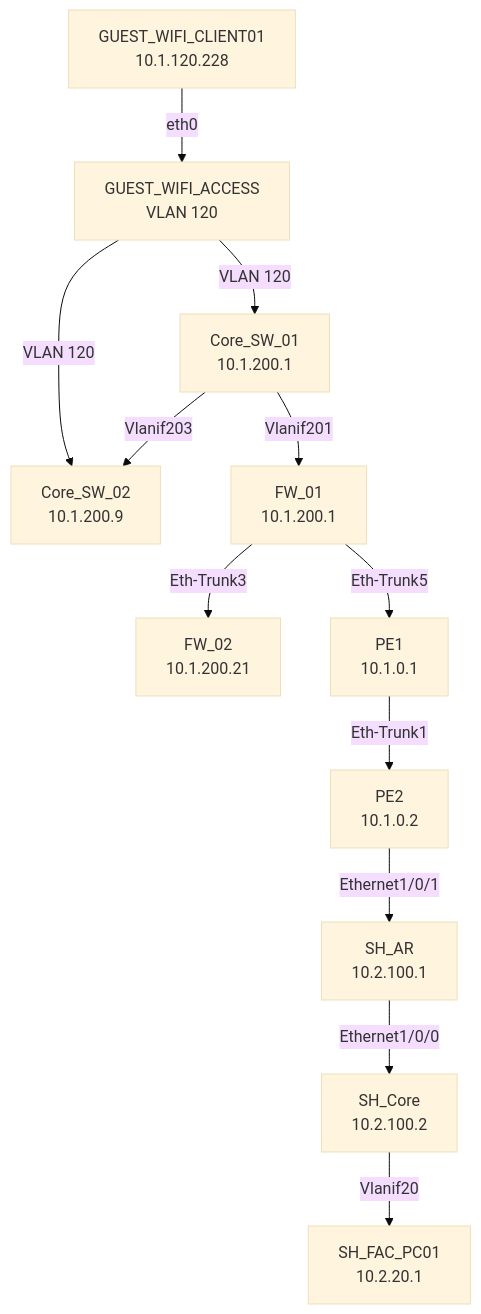
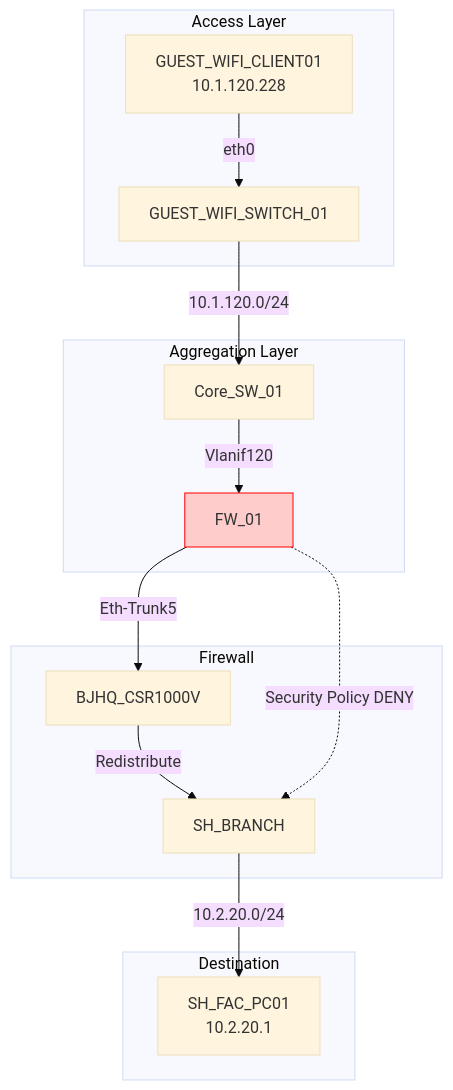
Before and after one commit to KG-khangelani/Telco-Troubleshooting-Agentic-Challenge-B: the diagram in outputs/topology_problem_5.md, drawn with Mermaid (base theme). The commit also changed 8 other files, not shown here.

Commit message:
feat: update topology diagrams and enhance network problem descriptions in markdown files

````diff
--- a/outputs/topology_problem_5.md
+++ b/outputs/topology_problem_5.md
@@ -1,26 +1,25 @@
 ```mermaid
 graph TD
-    GUEST_CLIENT[GUEST_WIFI_CLIENT01<br/>10.1.120.228]
-    SW_ACCESS[GUEST_WIFI_ACCESS<br/>VLAN 120]
-    CORE1[Core_SW_01<br/>10.1.200.1]
-    CORE2[Core_SW_02<br/>10.1.200.9]
-    FW1[FW_01<br/>10.1.200.1]
-    FW2[FW_02<br/>10.1.200.21]
-    PE1[PE1<br/>10.1.0.1]
-    PE2[PE2<br/>10.1.0.2]
-    SH_AR[SH_AR<br/>10.2.100.1]
-    SH_CORE[SH_Core<br/>10.2.100.2]
-    SH_PC[SH_FAC_PC01<br/>10.2.20.1]
+    GUEST_WIFI_CLIENT01[GUEST_WIFI_CLIENT01<br/>10.1.120.228]
     
-    GUEST_CLIENT -->|eth0| SW_ACCESS
-    SW_ACCESS -->|VLAN 120| CORE1
-    SW_ACCESS -->|VLAN 120| CORE2
-    CORE1 -->|Vlanif201| FW1
-    CORE1 -->|Vlanif203| CORE2
-    FW1 -->|Eth-Trunk5| PE1
-    FW1 -->|Eth-Trunk3| FW2
-    PE1 -->|Eth-Trunk1| PE2
-    PE2 -->|Ethernet1/0/1| SH_AR
-    SH_AR -->|Ethernet1/0/0| SH_CORE
-    SH_CORE -->|Vlanif20| SH_PC
+    subgraph Access Layer
+        GUEST_WIFI_CLIENT01 -->|eth0| GUEST_WIFI_SWITCH_01
+    end
+    
+    subgraph Aggregation Layer
+        GUEST_WIFI_SWITCH_01 -->|10.1.120.0/24| Core_SW_01
+        Core_SW_01 -->|Vlanif120| FW_01
+    end
+    
+    subgraph Firewall
+        FW_01 -->|Eth-Trunk5| BJHQ_CSR1000V
+        BJHQ_CSR1000V -->|Redistribute| SH_BRANCH
+    end
+    
+    subgraph Destination
+        SH_BRANCH -->|10.2.20.0/24| SH_FAC_PC01[SH_FAC_PC01<br/>10.2.20.1]
+    end
+    
+    FW_01 -.->|Security Policy DENY| SH_BRANCH
+    style FW_01 fill:#ffcccc,stroke:#ff0000
 ```
````
